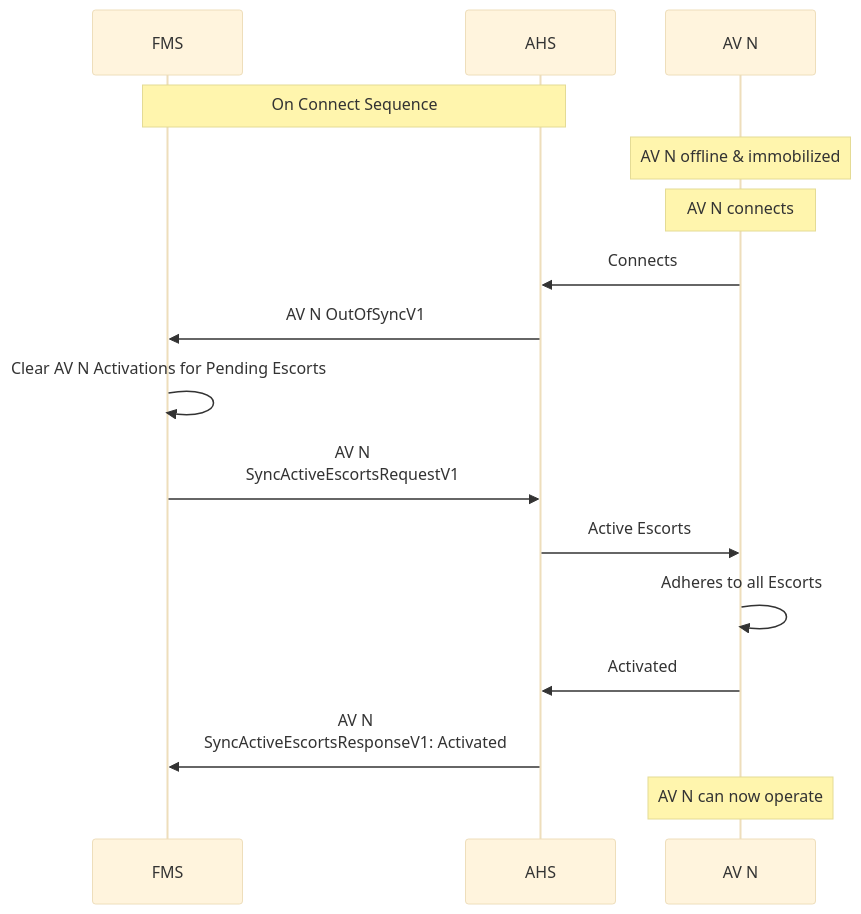
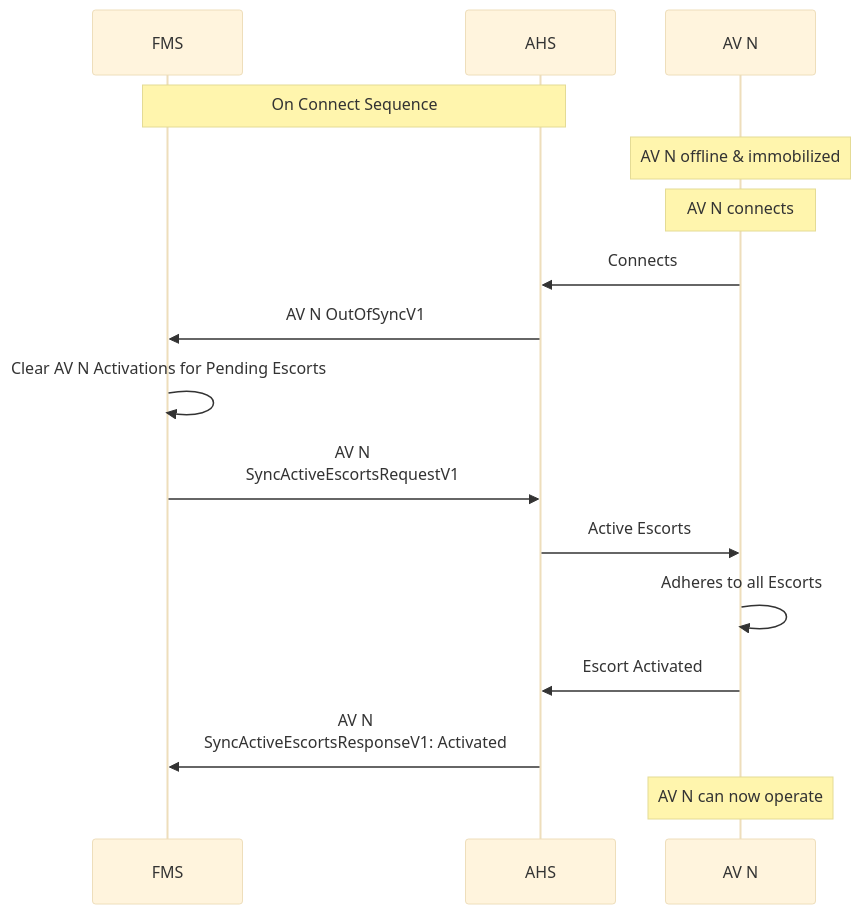
One commit to open-autonomy/escort changed the first of 3 diagrams in diagram/Synchronization.md. Above: the diagram before and after it, drawn with Mermaid (base theme). The commit also changed other lines of this file, not shown here.

Commit message:
Unify generic AHS-AV communication

````diff
--- a/diagram/Synchronization.md
+++ b/diagram/Synchronization.md
@@ -13,25 +13,25 @@
 ```mermaid
 sequenceDiagram
     participant FMS
     participant AHS
     participant AV N
 
     Note over FMS, AHS: On Connect Sequence
     Note over AV N: AV N offline & immobilized
 
     Note Over AV N: AV N connects
 
     AV N->>AHS: Connects
 
     AHS->>FMS: AV N OutOfSyncV1
     FMS->>FMS: Clear AV N Activations for Pending Escorts
 
     FMS->>AHS: AV N <br/> SyncActiveEscortsRequestV1
     AHS->>AV N: Active Escorts
     AV N->>AV N: Adheres to all Escorts
-    AV N->>AHS: Activated
+    AV N->>AHS: Escort Activated
 
     AHS->>FMS: AV N <br/> SyncActiveEscortsResponseV1: Activated
 
     Note Over AV N: AV N can now operate
 ```
````
